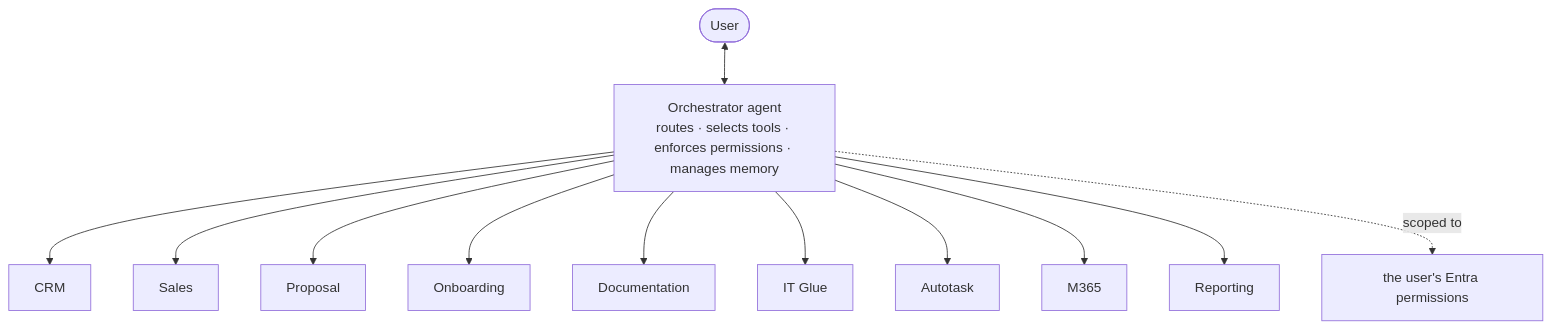
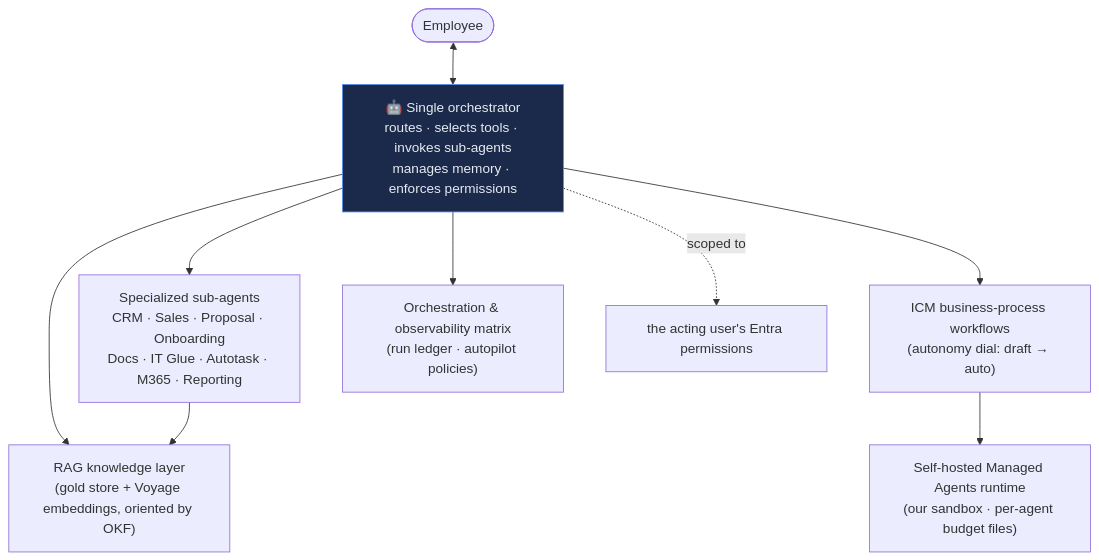
Before and after one commit to markdconnelly/ImperionCRM: the diagram in docs/agents/README.md, drawn with Mermaid. The commit also changed other lines of this file and 13 other files, not shown here.

First line of the commit message:
docs: rewrite AI/agents suite docs to onboarding-grade (Imperion Business Manager) (#773)

````diff
--- a/docs/agents/README.md
+++ b/docs/agents/README.md
@@ -10,14 +31,13 @@
 ```mermaid
 flowchart TD
-    USER(["User"]) <--> ORC["Orchestrator agent<br/>routes · selects tools · enforces permissions · manages memory"]
-    ORC --> CRM["CRM"]
-    ORC --> SALES["Sales"]
-    ORC --> PROP["Proposal"]
-    ORC --> ONB["Onboarding"]
-    ORC --> DOC["Documentation"]
-    ORC --> ITG["IT Glue"]
-    ORC --> AT["Autotask"]
-    ORC --> M365["M365"]
-    ORC --> REP["Reporting"]
-    ORC -. scoped to .-> PERM["the user's Entra permissions"]
+    USER(["Employee"]) <--> ORC["🤖 Single orchestrator<br/>routes · selects tools · invokes sub-agents<br/>manages memory · enforces permissions"]
+    ORC --> SUB["Specialized sub-agents<br/>CRM · Sales · Proposal · Onboarding<br/>Docs · IT Glue · Autotask · M365 · Reporting"]
+    ORC --> ICM["ICM business-process workflows<br/>(autonomy dial: draft → auto)"]
+    ORC --> RAG["RAG knowledge layer<br/>(gold store + Voyage embeddings, oriented by OKF)"]
+    SUB --> RAG
+    ICM --> RUNTIME["Self-hosted Managed Agents runtime<br/>(our sandbox · per-agent budget files)"]
+    ORC --> MATRIX["Orchestration & observability matrix<br/>(run ledger · autopilot policies)"]
+    ORC -. scoped to .-> PERM["the acting user's Entra permissions"]
+    classDef orc fill:#1b2a4a,stroke:#5B8DEF,color:#E6EAF2
+    class ORC orc
 ```
````
